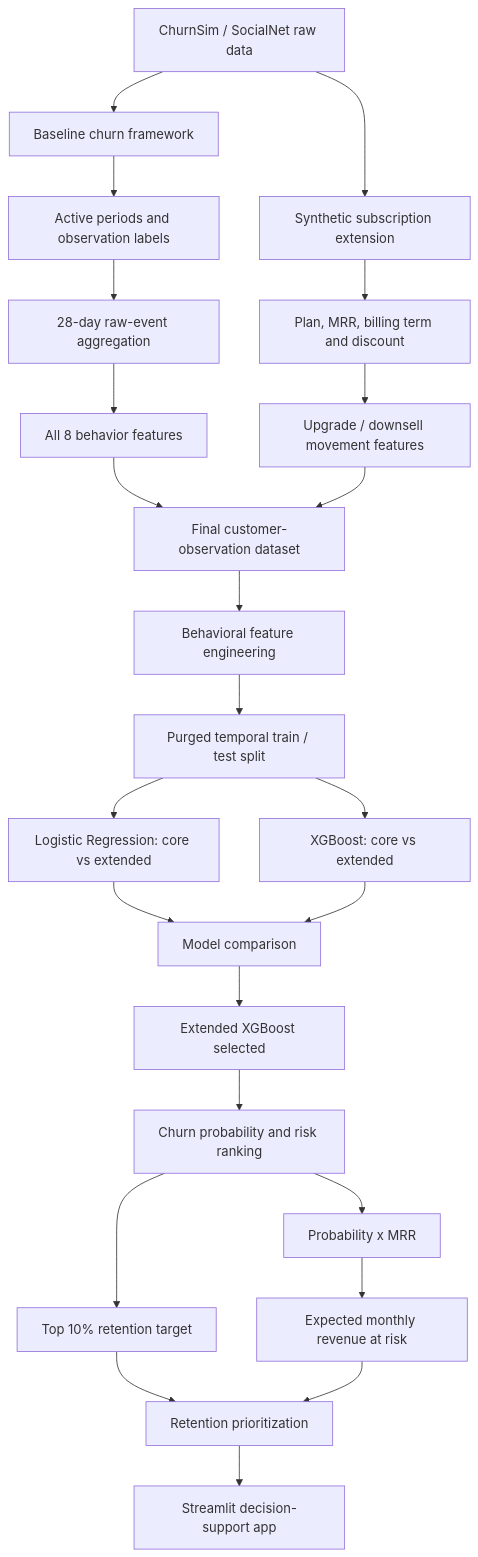
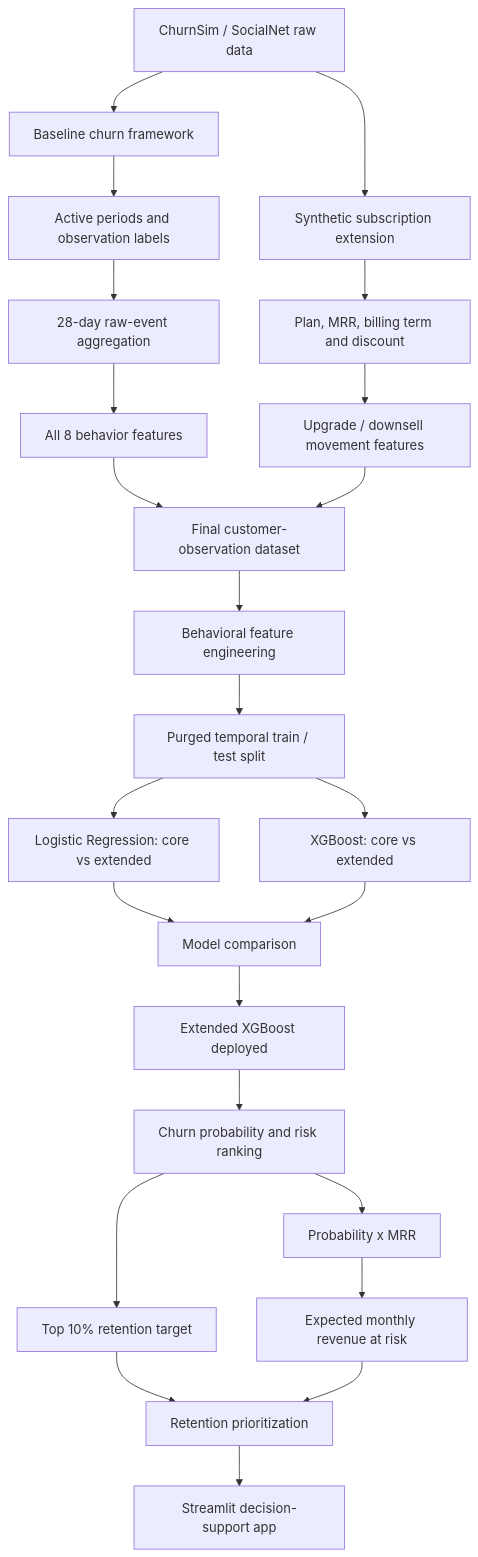
Before and after one commit to htoor2026/fighting_with_churn: the diagram in README.md, drawn with Mermaid.

Commit message:
Clarify deployed model in project flow

````diff
--- a/README.md
+++ b/README.md
@@ -48,26 +48,26 @@
 ```mermaid
 flowchart TD
     A[ChurnSim / SocialNet raw data] --> B[Baseline churn framework]
     B --> C[Active periods and observation labels]
     C --> D[28-day raw-event aggregation]
     D --> E[All 8 behavior features]
     A --> F[Synthetic subscription extension]
     F --> G[Plan, MRR, billing term and discount]
     G --> H[Upgrade / downsell movement features]
     E --> I[Final customer-observation dataset]
     H --> I
     I --> J[Behavioral feature engineering]
     J --> K[Purged temporal train / test split]
     K --> L[Logistic Regression: core vs extended]
     K --> M[XGBoost: core vs extended]
     L --> N[Model comparison]
     M --> N
-    N --> O[Extended XGBoost selected]
+    N --> O[Extended XGBoost deployed]
     O --> P[Churn probability and risk ranking]
     P --> Q[Top 10% retention target]
     P --> R[Probability x MRR]
     R --> S[Expected monthly revenue at risk]
     Q --> T[Retention prioritization]
     S --> T
     T --> U[Streamlit decision-support app]
 ```
````
